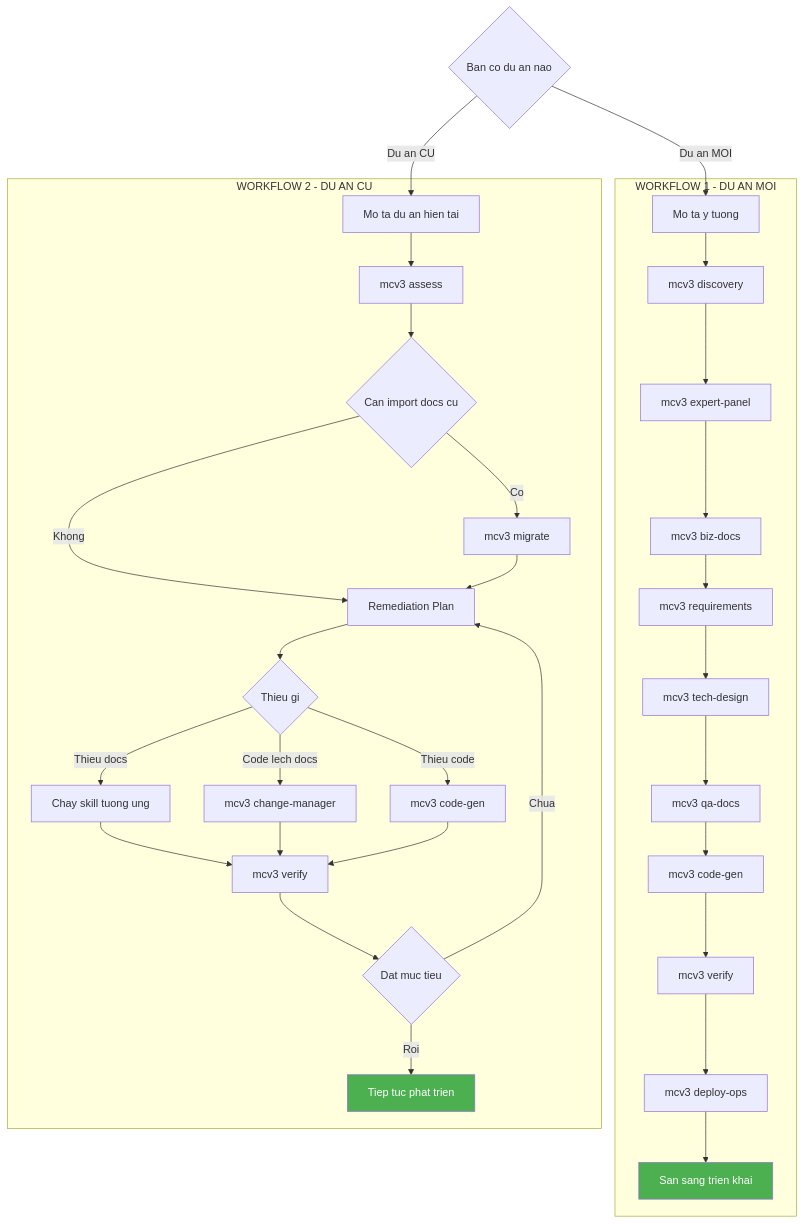
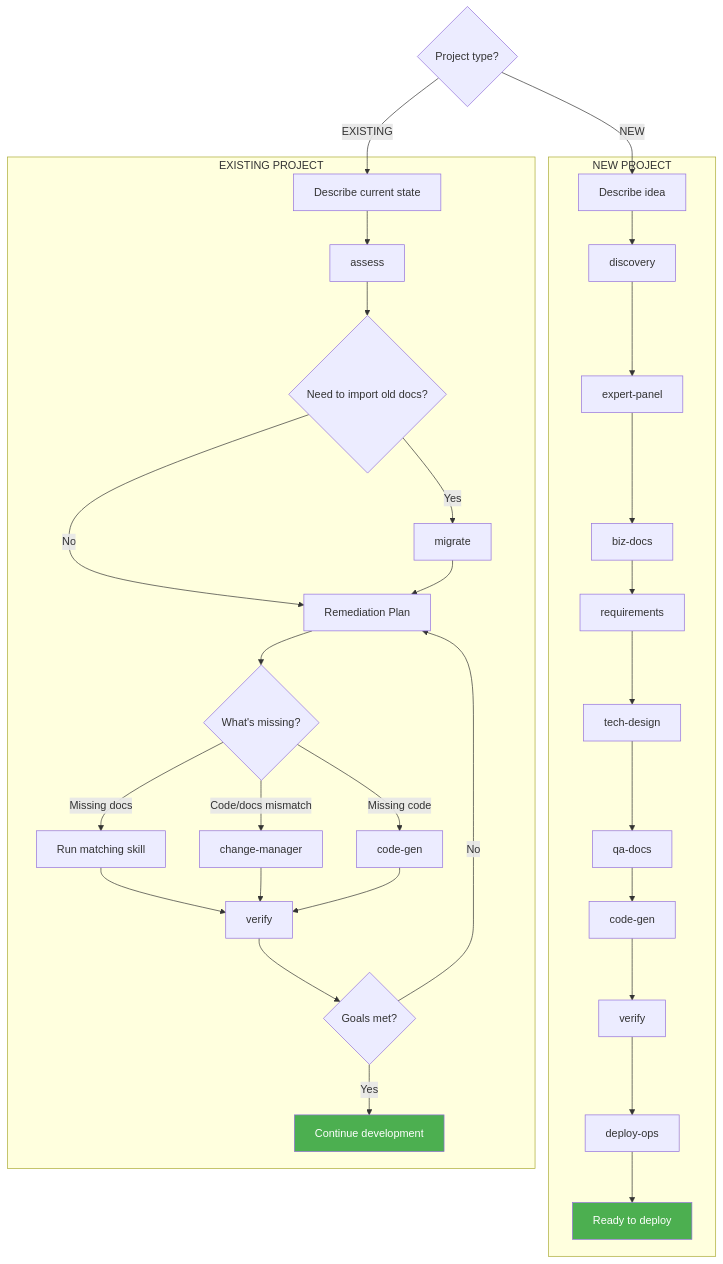
The diagram in README.md (hanoibanhcuon/MCV3-Plugin), drawn with Mermaid before and after one commit. The commit also changed other lines of this file and 4 other files, not shown here.

````diff
--- a/README.md
+++ b/README.md
@@ -115,39 +121,39 @@
 ```mermaid
 graph TD
-    START{Ban co du an nao} -->|Du an MOI| NEW_START
-    START -->|Du an CU| OLD_START
+    START{Project type?} -->|NEW| NEW_START
+    START -->|EXISTING| OLD_START
 
-    subgraph WF1[WORKFLOW 1 - DU AN MOI]
-    NEW_START[Mo ta y tuong] --> N1[mcv3 discovery]
-    N1 --> N2[mcv3 expert-panel]
-    N2 --> N3[mcv3 biz-docs]
-    N3 --> N4[mcv3 requirements]
-    N4 --> N5[mcv3 tech-design]
-    N5 --> N6[mcv3 qa-docs]
-    N6 --> N7[mcv3 code-gen]
-    N7 --> N8[mcv3 verify]
-    N8 --> N9[mcv3 deploy-ops]
-    N9 --> DONE1[San sang trien khai]
+    subgraph WF1[NEW PROJECT]
+    NEW_START[Describe idea] --> N1[discovery]
+    N1 --> N2[expert-panel]
+    N2 --> N3[biz-docs]
+    N3 --> N4[requirements]
+    N4 --> N5[tech-design]
+    N5 --> N6[qa-docs]
+    N6 --> N7[code-gen]
+    N7 --> N8[verify]
+    N8 --> N9[deploy-ops]
+    N9 --> DONE1[Ready to deploy]
     end
 
-    subgraph WF2[WORKFLOW 2 - DU AN CU]
-    OLD_START[Mo ta du an hien tai] --> O1[mcv3 assess]
-    O1 --> O2{Can import docs cu}
-    O2 -->|Co| O3[mcv3 migrate]
-    O2 -->|Khong| O4[Remediation Plan]
+    subgraph WF2[EXISTING PROJECT]
+    OLD_START[Describe current state] --> O1[assess]
+    O1 --> O2{Need to import old docs?}
+    O2 -->|Yes| O3[migrate]
+    O2 -->|No| O4[Remediation Plan]
     O3 --> O4
-    O4 --> O5{Thieu gi}
-    O5 -->|Thieu docs| O6[Chay skill tuong ung]
-    O5 -->|Code lech docs| O7[mcv3 change-manager]
-    O5 -->|Thieu code| O8[mcv3 code-gen]
-    O6 --> O9[mcv3 verify]
+    O4 --> O5{What's missing?}
+    O5 -->|Missing docs| O6[Run matching skill]
+    O5 -->|Code/docs mismatch| O7[change-manager]
+    O5 -->|Missing code| O8[code-gen]
+    O6 --> O9[verify]
     O7 --> O9
     O8 --> O9
-    O9 --> O10{Dat muc tieu}
-    O10 -->|Chua| O4
-    O10 -->|Roi| DONE2[Tiep tuc phat trien]
+    O9 --> O10{Goals met?}
+    O10 -->|No| O4
+    O10 -->|Yes| DONE2[Continue development]
     end
 
     style DONE1 fill:#4CAF50,color:#fff
     style DONE2 fill:#4CAF50,color:#fff
 ```
````
